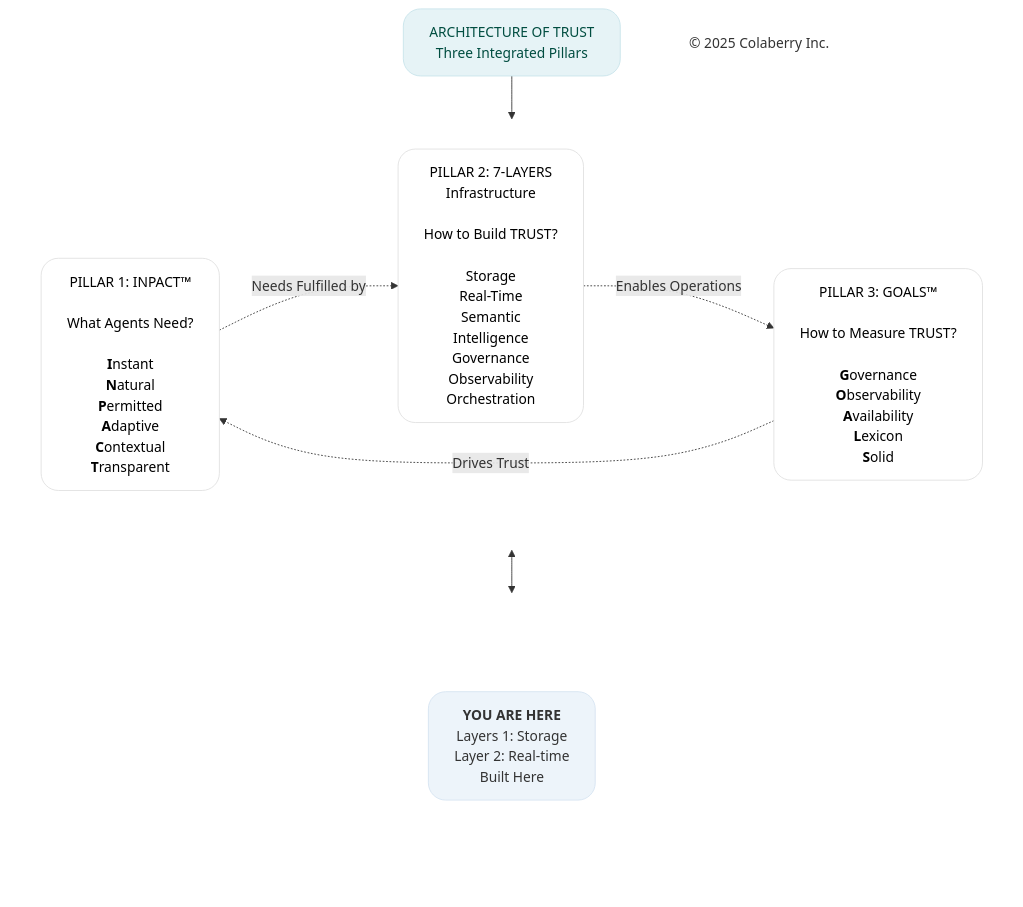
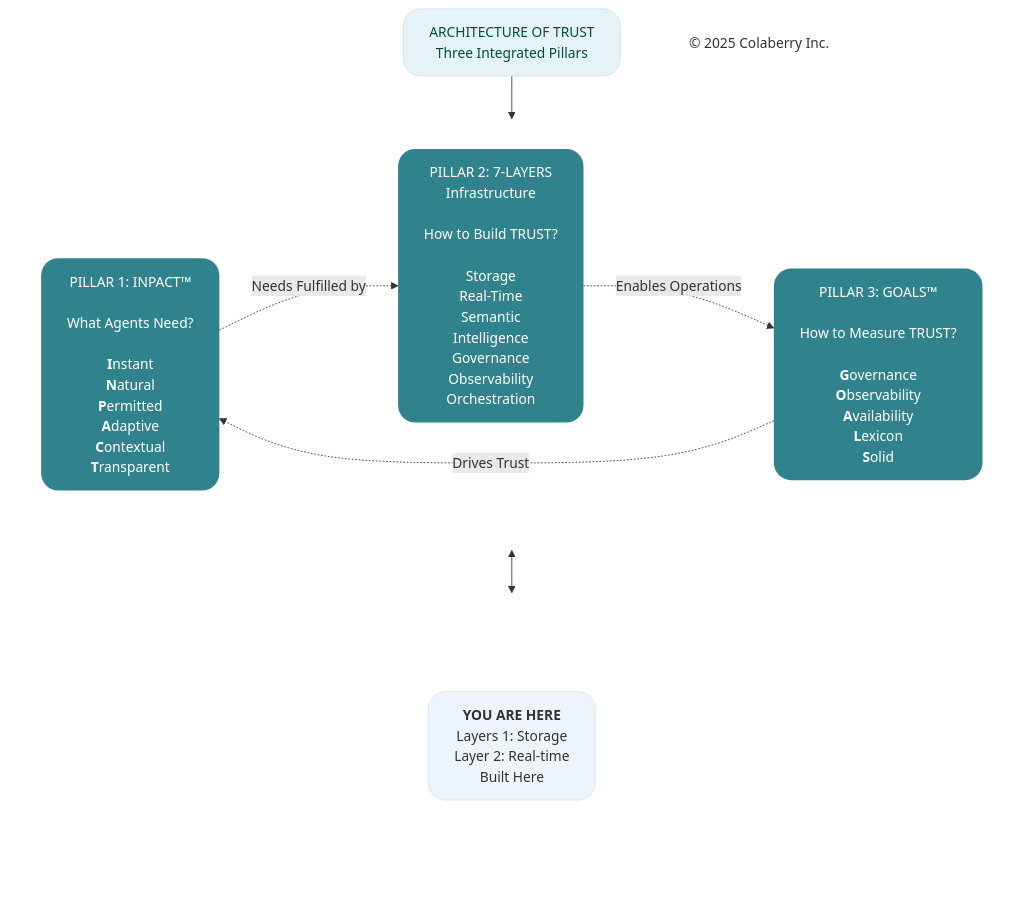
One commit to saitejesh-cyber/trust-before-intelligence-book changed the diagram in mermaid-source/figure-4-1.mmd. Above: the diagram before and after it, drawn with Mermaid. The commit also changed other lines of this file and 21 other files, not shown here.

Commit message:
Address Ram feedback for Chapter 4-9 figure palette alignment

```diff
--- a/mermaid-source/figure-4-1.mmd
+++ b/mermaid-source/figure-4-1.mmd
@@ -1,40 +1,40 @@
 
 graph TB
     Title["ARCHITECTURE OF TRUST<br/>Three Integrated Pillars"]
     
     subgraph PILLARS[" "]
         direction LR
         INPACT["`PILLAR 1: INPACT™<br/><br/>What Agents Need?<br/><br/>**I**nstant<br/>**N**atural<br/>**P**ermitted<br/>**A**daptive<br/>**C**ontextual<br/>**T**ransparent`"]
         
         Layers["PILLAR 2: 7-LAYERS<br/>Infrastructure<br/><br/>How to Build TRUST?<br/><br/>Storage<br/>Real-Time<br/>Semantic<br/>Intelligence<br/>Governance<br/>Observability<br/>Orchestration"]
         
         GOALS["`PILLAR 3: GOALS™<br/><br/>How to Measure TRUST?<br/><br/>**G**overnance<br/>**O**bservability<br/>**A**vailability<br/>**L**exicon<br/>**S**olid`"]
     end
     
     subgraph INDICATOR[" "]
         direction LR
         Spacer1[" "]
         YouAreHere["<b>YOU ARE HERE</b><br/>Layers 1: Storage <br/> Layer 2: Real-time<br/> Built Here"]
         Spacer2[" "]
     end
     
     Copyright["© 2025 Colaberry Inc."]
     
     Title --> PILLARS
     PILLARS <--> INDICATOR
     
     INPACT -.->|"Needs Fulfilled by"| Layers
     Layers -.->|"Enables Operations"| GOALS
     GOALS -.->|"Drives Trust"| INPACT
 
 
     style Title fill:#e6f3f6,stroke:#c7e3ea,stroke-width:1px,color:#004d40,rx:20,ry:20
     style PILLARS fill:none,stroke:none
     style INDICATOR fill:none,stroke:none
-    style INPACT fill:#ffffff,stroke:#e0e0e0,stroke-width:1px,color:#000000,rx:20,ry:20
-    style Layers fill:#ffffff,stroke:#e0e0e0,stroke-width:1px,color:#000000,rx:20,ry:20
-    style GOALS fill:#ffffff,stroke:#e0e0e0,stroke-width:1px,color:#000000,rx:20,ry:20
+    style INPACT fill:#30838C,stroke:none,color:#ffffff,rx:20,ry:20
+    style Layers fill:#30838C,stroke:none,color:#ffffff,rx:20,ry:20
+    style GOALS fill:#30838C,stroke:none,color:#ffffff,rx:20,ry:20
     style YouAreHere fill:#edf4fa,stroke:#d6e4f2,stroke-width:1px,color:#333333,rx:20,ry:20
     style Spacer1 fill:none,stroke:none,color:transparent
     style Spacer2 fill:none,stroke:none,color:transparent
     style Copyright fill:none,stroke:none,color:#333333
```
